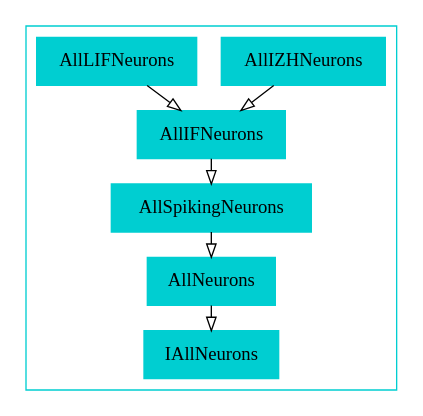
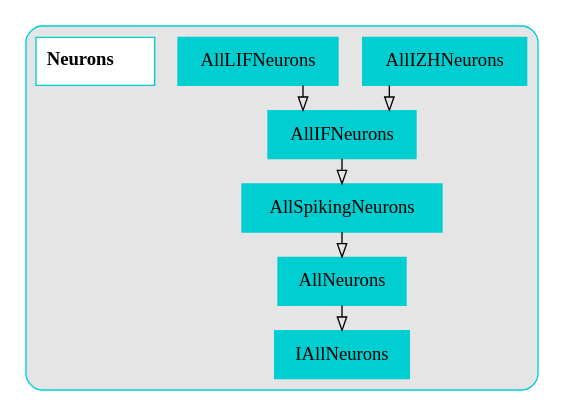
The diagram in Tools/DiagramGenerator/ExampleOutputs/dot_subsystems/Neurons.dot (UWB-Biocomputing/BrainGrid), drawn with Graphviz before and after one commit. The commit also changed 28 other files, not shown here.

First line of the commit message:
dotGenerator update, new diagrams

```diff
--- a/Tools/DiagramGenerator/ExampleOutputs/dot_subsystems/Neurons.dot
+++ b/Tools/DiagramGenerator/ExampleOutputs/dot_subsystems/Neurons.dot
@@ -1,40 +1,44 @@
 digraph{
+	 graph [splines=ortho]
 
 	subgraph clusterNeurons {
+		style = rounded
+		bgcolor = grey90
 		color = darkturquoise
 		node [shape = record, color = darkturquoise];
 
 		AllIFNeurons[label = AllIFNeurons, style = filled];
 		AllIZHNeurons[label = AllIZHNeurons, style = filled];
 		AllLIFNeurons[label = AllLIFNeurons, style = filled];
 		AllNeurons[label = AllNeurons, style = filled];
 		AllSpikingNeurons[label = AllSpikingNeurons, style = filled];
 		IAllNeurons[label = IAllNeurons, style = filled];
+		Neurons[label =< <B> Neurons</B>>, style = bold, fillcolor = white, style = filled];
 
 
 		//------LAYOUT FOR SUBGRAPH------
 
 
 		rankdir = BT; // Rank Direction Bottom to Top
-		nodesep = 0.96; // Node Separation
-		ranksep = 0.96; // Rank Separation
+		nodesep = 1.3; // Node Separation
+		ranksep = 1.3; // Rank Separation
 
 
 		//INHERITANCE//
 
 
 		AllIFNeurons -> AllSpikingNeurons [arrowhead=empty];
 
 		AllIZHNeurons -> AllIFNeurons [arrowhead=empty];
 
 		AllLIFNeurons -> AllIFNeurons [arrowhead=empty];
 
 		AllNeurons -> IAllNeurons [arrowhead=empty];
 
 		AllSpikingNeurons -> AllNeurons [arrowhead=empty];
 
 
 		//COMPOSITION//
 
 	}//end subgraph Neurons
 }//end digraph
```
